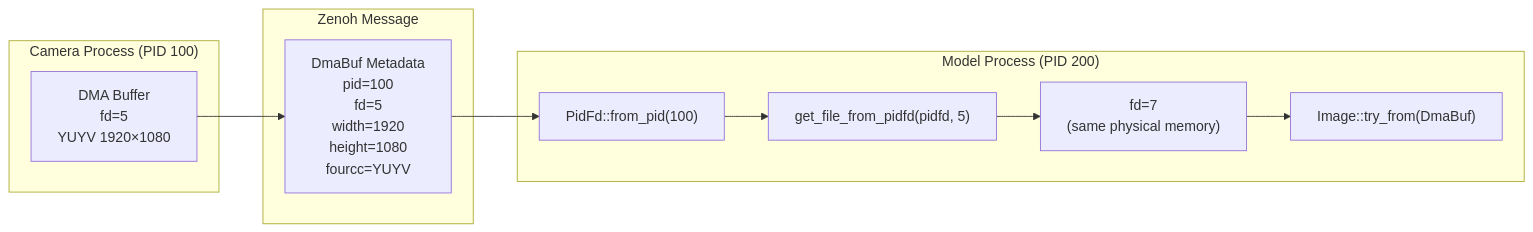
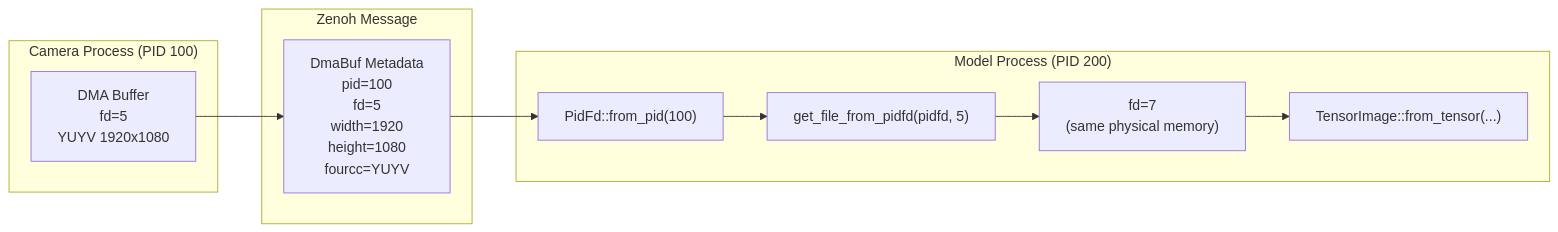
The third of 5 diagrams in ARCHITECTURE.md (EdgeFirstAI/model), drawn with Mermaid before and after one commit. The commit also changed other lines of this file and 16 other files, not shown here.

````diff
--- a/ARCHITECTURE.md
+++ b/ARCHITECTURE.md
@@ -474,23 +369,23 @@
 ```mermaid
 graph LR
     subgraph "Camera Process (PID 100)"
-        CamDMA["DMA Buffer<br/>fd=5<br/>YUYV 1920×1080"]
+        CamDMA["DMA Buffer<br/>fd=5<br/>YUYV 1920x1080"]
     end
 
     subgraph "Zenoh Message"
         Meta["DmaBuf Metadata<br/>pid=100<br/>fd=5<br/>width=1920<br/>height=1080<br/>fourcc=YUYV"]
     end
 
     subgraph "Model Process (PID 200)"
         PidFd["PidFd::from_pid(100)"]
         GetFd["get_file_from_pidfd(pidfd, 5)"]
         NewFd["fd=7<br/>(same physical memory)"]
-        Image["Image::try_from(DmaBuf)"]
+        TImg["TensorImage::from_tensor(...)"]
     end
 
     CamDMA --> Meta
     Meta --> PidFd
     PidFd --> GetFd
     GetFd --> NewFd
-    NewFd --> Image
+    NewFd --> TImg
 ```
````
